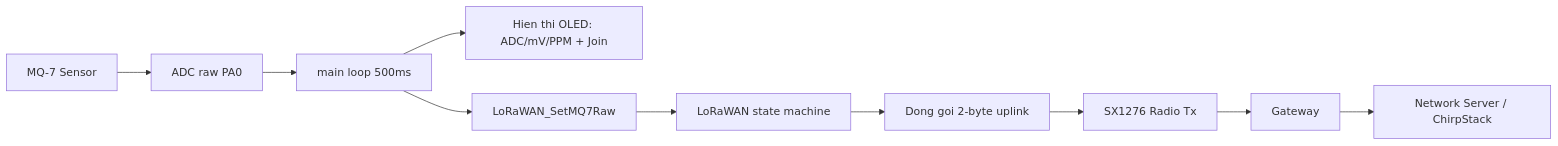
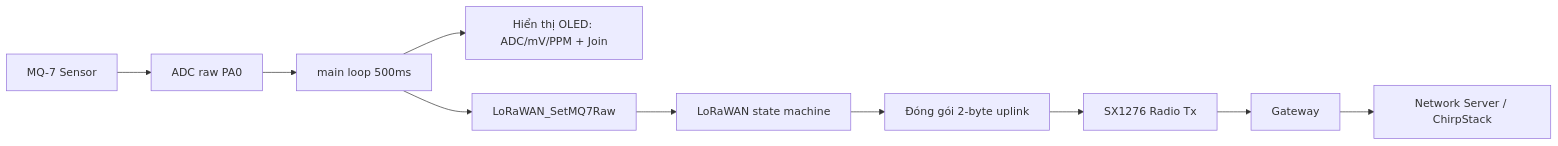
One commit to vuongpq/lorawan-node-f401 changed the eighth of 8 diagrams in docs/bao-cao-thuyet-minh-lorawan-node.md. Above: the diagram before and after it, drawn with Mermaid. The commit also changed other lines of this file, not shown here.

````diff
--- a/docs/bao-cao-thuyet-minh-lorawan-node.md
+++ b/docs/bao-cao-thuyet-minh-lorawan-node.md
@@ -246,12 +246,12 @@
 ```mermaid
 flowchart LR
     A[MQ-7 Sensor] --> B[ADC raw PA0]
     B --> C[main loop 500ms]
-    C --> D[Hien thi OLED: ADC/mV/PPM + Join]
+    C --> D[Hiển thị OLED: ADC/mV/PPM + Join]
     C --> E[LoRaWAN_SetMQ7Raw]
     E --> F[LoRaWAN state machine]
-    F --> G[Dong goi 2-byte uplink]
+    F --> G[Đóng gói 2-byte uplink]
     G --> H[SX1276 Radio Tx]
     H --> I[Gateway]
     I --> J[Network Server / ChirpStack]
 ```
````
